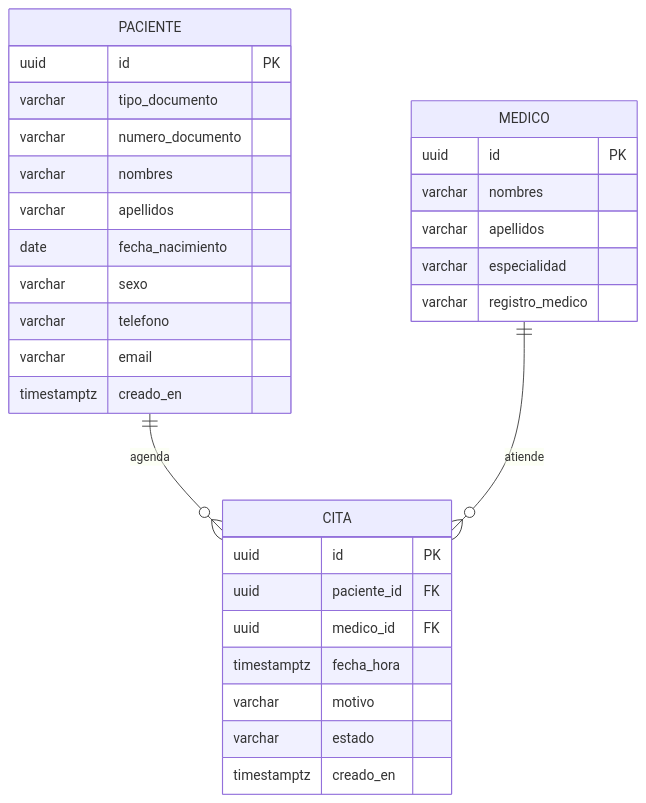
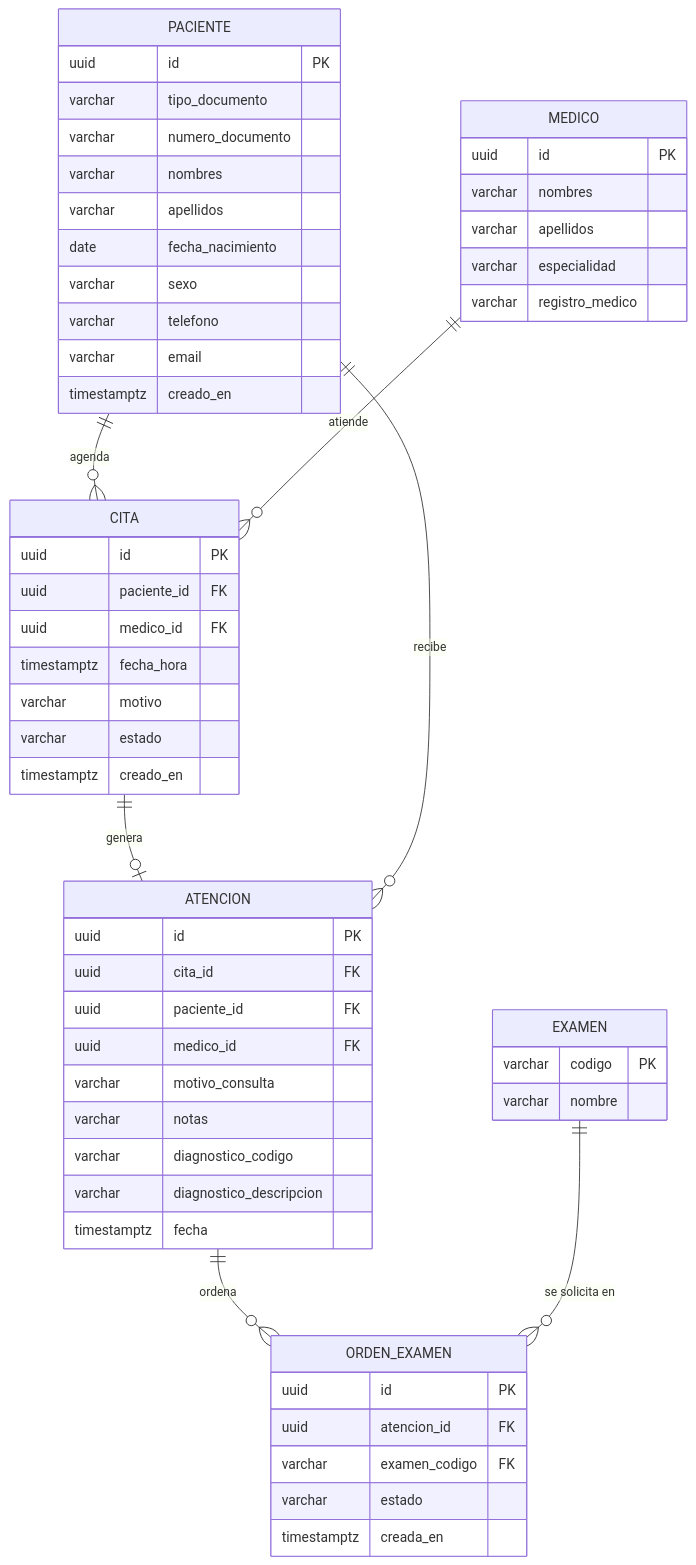
Before and after one commit to Juanchiz1/salud-digital-microservices: the diagram in docs/02-modelo-datos.md, drawn with Mermaid. The commit also changed other lines of this file and 16 other files, not shown here.

````diff
--- a/docs/02-modelo-datos.md
+++ b/docs/02-modelo-datos.md
@@ -5,34 +5,62 @@
 ```mermaid
 erDiagram
     PACIENTE ||--o{ CITA : agenda
     MEDICO ||--o{ CITA : atiende
 
     PACIENTE {
         uuid id PK
         varchar tipo_documento
         varchar numero_documento
         varchar nombres
         varchar apellidos
         date fecha_nacimiento
         varchar sexo
         varchar telefono
         varchar email
         timestamptz creado_en
     }
     MEDICO {
         uuid id PK
         varchar nombres
         varchar apellidos
         varchar especialidad
         varchar registro_medico
     }
     CITA {
         uuid id PK
         uuid paciente_id FK
         uuid medico_id FK
         timestamptz fecha_hora
         varchar motivo
         varchar estado
         timestamptz creado_en
     }
+
+        ATENCION {
+        uuid id PK
+        uuid cita_id FK
+        uuid paciente_id FK
+        uuid medico_id FK
+        varchar motivo_consulta
+        varchar notas
+        varchar diagnostico_codigo
+        varchar diagnostico_descripcion
+        timestamptz fecha
+    }
+    ORDEN_EXAMEN {
+        uuid id PK
+        uuid atencion_id FK
+        varchar examen_codigo FK
+        varchar estado
+        timestamptz creada_en
+    }
+    EXAMEN {
+        varchar codigo PK
+        varchar nombre
+    }
+
+        CITA ||--o| ATENCION : genera
+    PACIENTE ||--o{ ATENCION : recibe
+    ATENCION ||--o{ ORDEN_EXAMEN : ordena
+    EXAMEN ||--o{ ORDEN_EXAMEN : "se solicita en"
 ```
````
